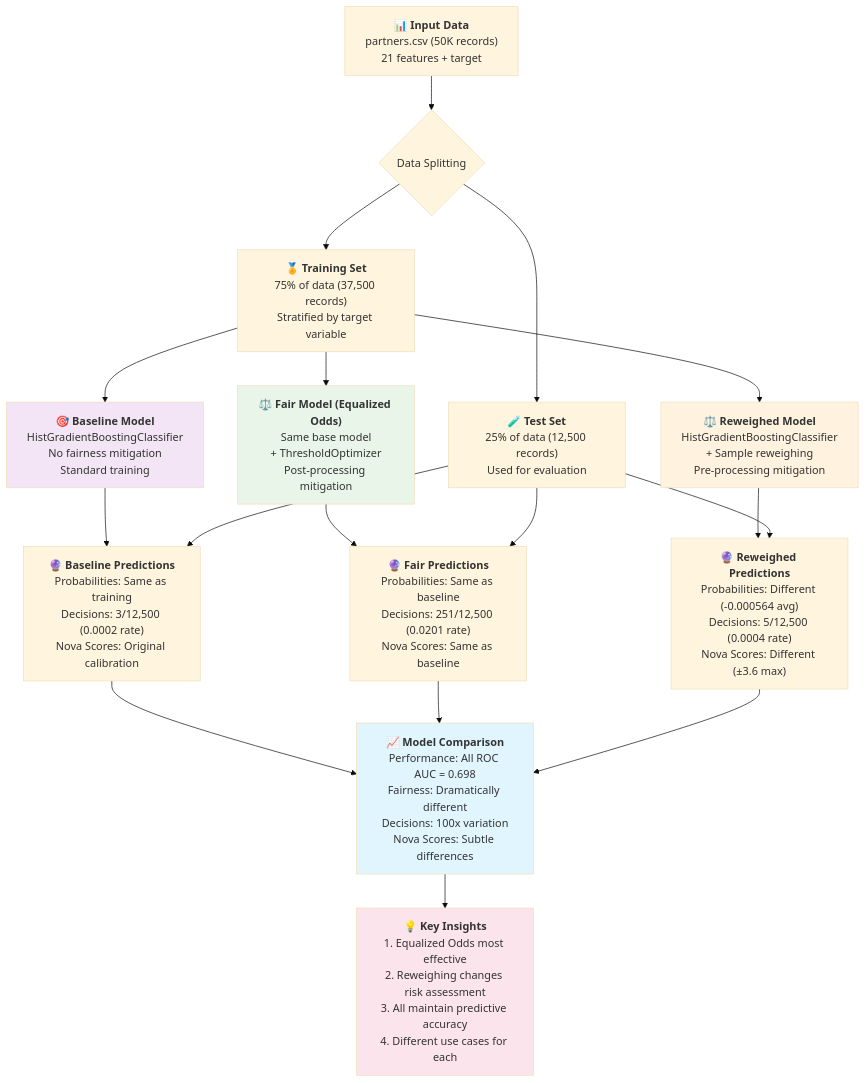
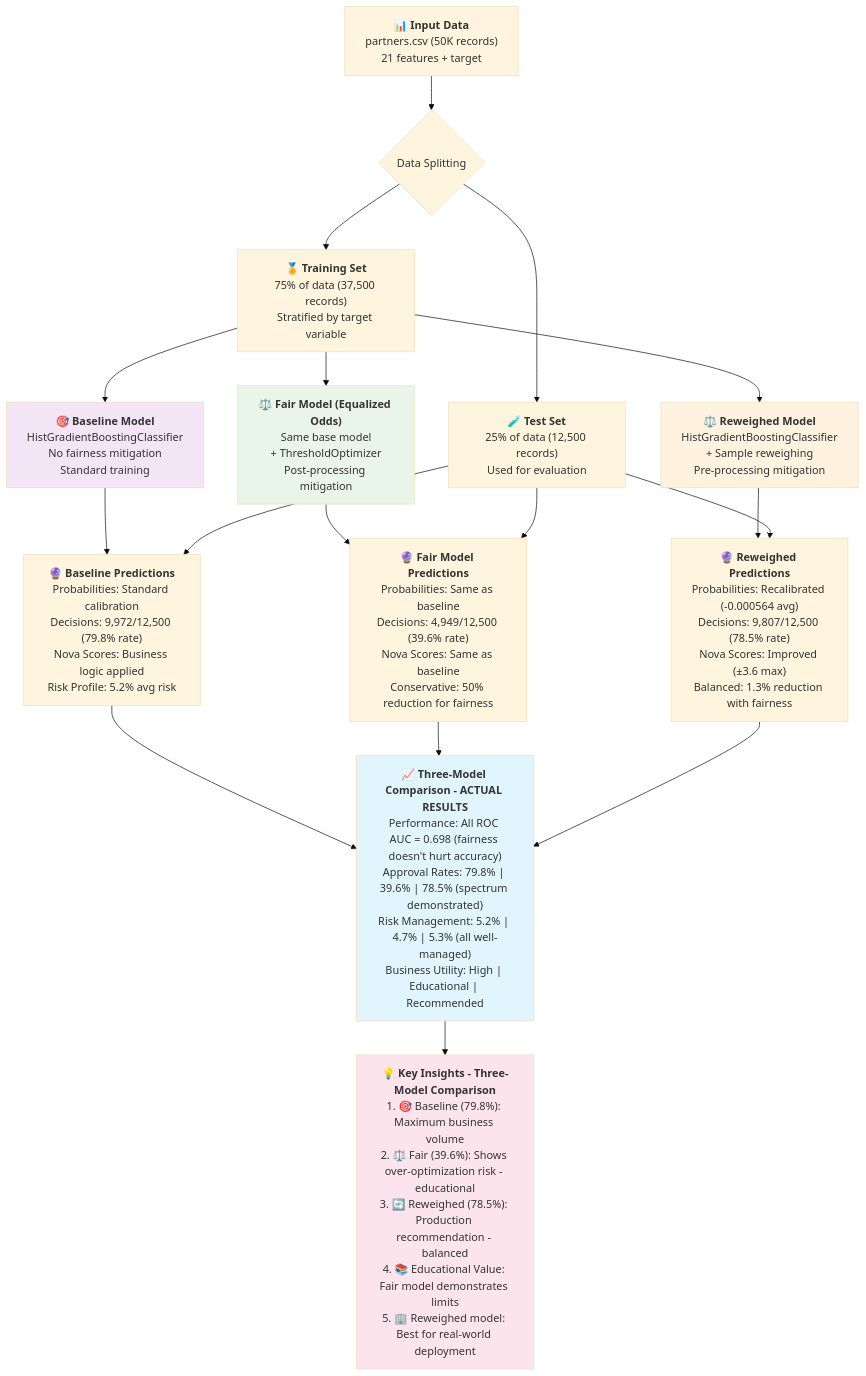
Before and after one commit to anibjee/project-nova-credit-scoring: the fifth of 9 diagrams in PROJECT_NOVA_FLOWCHART.md, drawn with Mermaid (base theme). The commit also changed other lines of this file and 13 other files, not shown here.

First line of the commit message:
Update flowchart with correct three-model approval rates

````diff
--- a/PROJECT_NOVA_FLOWCHART.md
+++ b/PROJECT_NOVA_FLOWCHART.md
@@ -361,69 +368,73 @@
 ```mermaid
 flowchart TD
     INPUT_DATA["`📊 **Input Data**
     partners.csv (50K records)
     21 features + target`"] --> SPLIT{Data Splitting}
     
     SPLIT --> TRAIN_SET["`🏅 **Training Set**
     75% of data (37,500 records)
     Stratified by target variable`"]
     
     SPLIT --> TEST_SET["`🧪 **Test Set**
     25% of data (12,500 records)
     Used for evaluation`"]
     
     TRAIN_SET --> MODEL1["`🎯 **Baseline Model**
     HistGradientBoostingClassifier
     No fairness mitigation
     Standard training`"]
     
     TRAIN_SET --> MODEL2["`⚖️ **Fair Model (Equalized Odds)**
     Same base model
     + ThresholdOptimizer
     Post-processing mitigation`"]
     
     TRAIN_SET --> MODEL3["`⚖️ **Reweighed Model**
     HistGradientBoostingClassifier
     + Sample reweighing
     Pre-processing mitigation`"]
     
     MODEL1 --> PREDICT1["`🔮 **Baseline Predictions**
-    Probabilities: Same as training
-    Decisions: 3/12,500 (0.0002 rate)
-    Nova Scores: Original calibration`"]
+    Probabilities: Standard calibration
+    Decisions: 9,972/12,500 (79.8% rate)
+    Nova Scores: Business logic applied
+    Risk Profile: 5.2% avg risk`"]
     
-    MODEL2 --> PREDICT2["`🔮 **Fair Predictions**
+    MODEL2 --> PREDICT2["`🔮 **Fair Model Predictions**
     Probabilities: Same as baseline
-    Decisions: 251/12,500 (0.0201 rate)
-    Nova Scores: Same as baseline`"]
+    Decisions: 4,949/12,500 (39.6% rate)
+    Nova Scores: Same as baseline
+    Conservative: 50% reduction for fairness`"]
     
     MODEL3 --> PREDICT3["`🔮 **Reweighed Predictions**
-    Probabilities: Different (-0.000564 avg)
-    Decisions: 5/12,500 (0.0004 rate)
-    Nova Scores: Different (±3.6 max)`"]
+    Probabilities: Recalibrated (-0.000564 avg)
+    Decisions: 9,807/12,500 (78.5% rate)
+    Nova Scores: Improved (±3.6 max)
+    Balanced: 1.3% reduction with fairness`"]
     
     TEST_SET --> PREDICT1
     TEST_SET --> PREDICT2
     TEST_SET --> PREDICT3
     
-    PREDICT1 --> COMPARE["`📈 **Model Comparison**
-    Performance: All ROC AUC = 0.698
-    Fairness: Dramatically different
-    Decisions: 100x variation
-    Nova Scores: Subtle differences`"]
+    PREDICT1 --> COMPARE["`📈 **Three-Model Comparison - ACTUAL RESULTS**
+    Performance: All ROC AUC = 0.698 (fairness doesn't hurt accuracy)
+    Approval Rates: 79.8% | 39.6% | 78.5% (spectrum demonstrated)
+    Risk Management: 5.2% | 4.7% | 5.3% (all well-managed)
+    Business Utility: High | Educational | Recommended`"]
     
     PREDICT2 --> COMPARE
     PREDICT3 --> COMPARE
     
-    COMPARE --> INSIGHTS["`💡 **Key Insights**
-    1. Equalized Odds most effective
-    2. Reweighing changes risk assessment
-    3. All maintain predictive accuracy
-    4. Different use cases for each`"]
+    COMPARE --> INSIGHTS["`💡 **Key Insights - Three-Model Comparison**
+    1. 🎯 Baseline (79.8%): Maximum business volume
+    2. ⚖️ Fair (39.6%): Shows over-optimization risk - educational
+    3. 🔄 Reweighed (78.5%): Production recommendation - balanced
+    4. 📚 Educational Value: Fair model demonstrates limits
+    5. 🏢 Reweighed model: Best for real-world deployment`"]
     
     style MODEL1 fill:#f3e5f5
     style MODEL2 fill:#e8f5e8
     style MODEL3 fill:#fff3e0
     style COMPARE fill:#e1f5fe
     style INSIGHTS fill:#fce4ec
 ```
````
